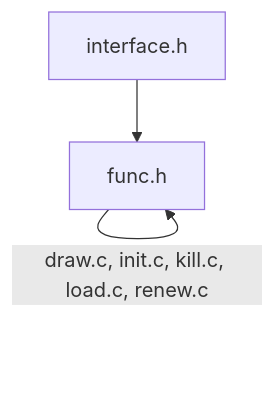
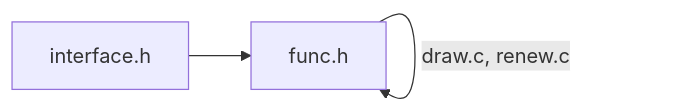
The diagram in src/jasmin/menu/func/README.md (ShilianShen/Jasmin), drawn with Mermaid before and after one commit. The commit also changed other lines of this file and 27 other files, not shown here.

````diff
--- a/src/jasmin/menu/func/README.md
+++ b/src/jasmin/menu/func/README.md
@@ -2,5 +3,7 @@
 ```mermaid
-graph
+graph LR
     interface.h --> func.h
-    func.h -- draw.c, init.c, kill.c, load.c, renew.c --> func.h
+    func.h -- load.c, unload.c --> func.h
+    func.h -- init.c, deinit.c --> func.h
+    func.h -- draw.c, renew.c --> func.h
 ```
````
